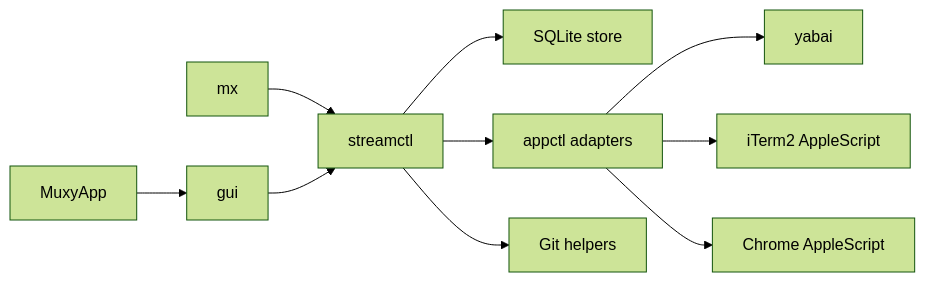
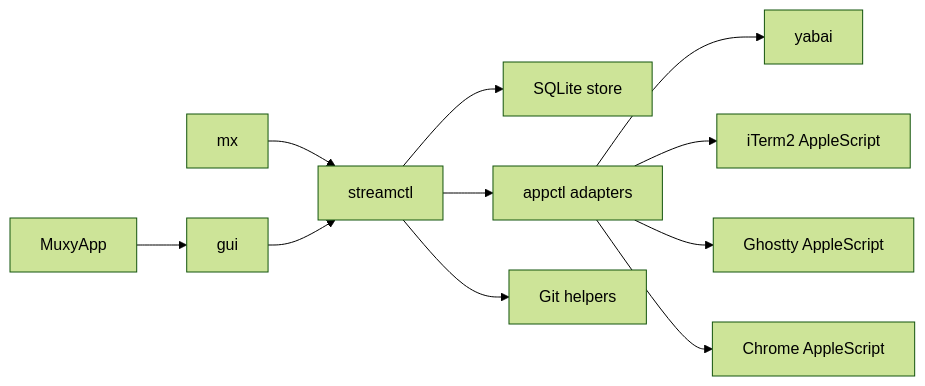
One commit to yogesh-dhande/spaces changed the diagram in apps/macos/docs/architecture.md. Above: the diagram before and after it, drawn with Mermaid (forest theme). The commit also changed other lines of this file and 21 other files, not shown here.

````diff
--- a/apps/macos/docs/architecture.md
+++ b/apps/macos/docs/architecture.md
@@ -17,14 +17,15 @@
 ```mermaid
 flowchart LR
   cli["mx"] --> stream["streamctl"]
   app["MuxyApp"] --> gui["gui"]
   gui --> stream
 
   stream --> store["SQLite store"]
   stream --> appctl["appctl adapters"]
   stream --> git["Git helpers"]
 
   appctl --> yabai["yabai"]
   appctl --> iterm["iTerm2 AppleScript"]
+  appctl --> ghostty["Ghostty AppleScript"]
   appctl --> chrome["Chrome AppleScript"]
 ```
````
